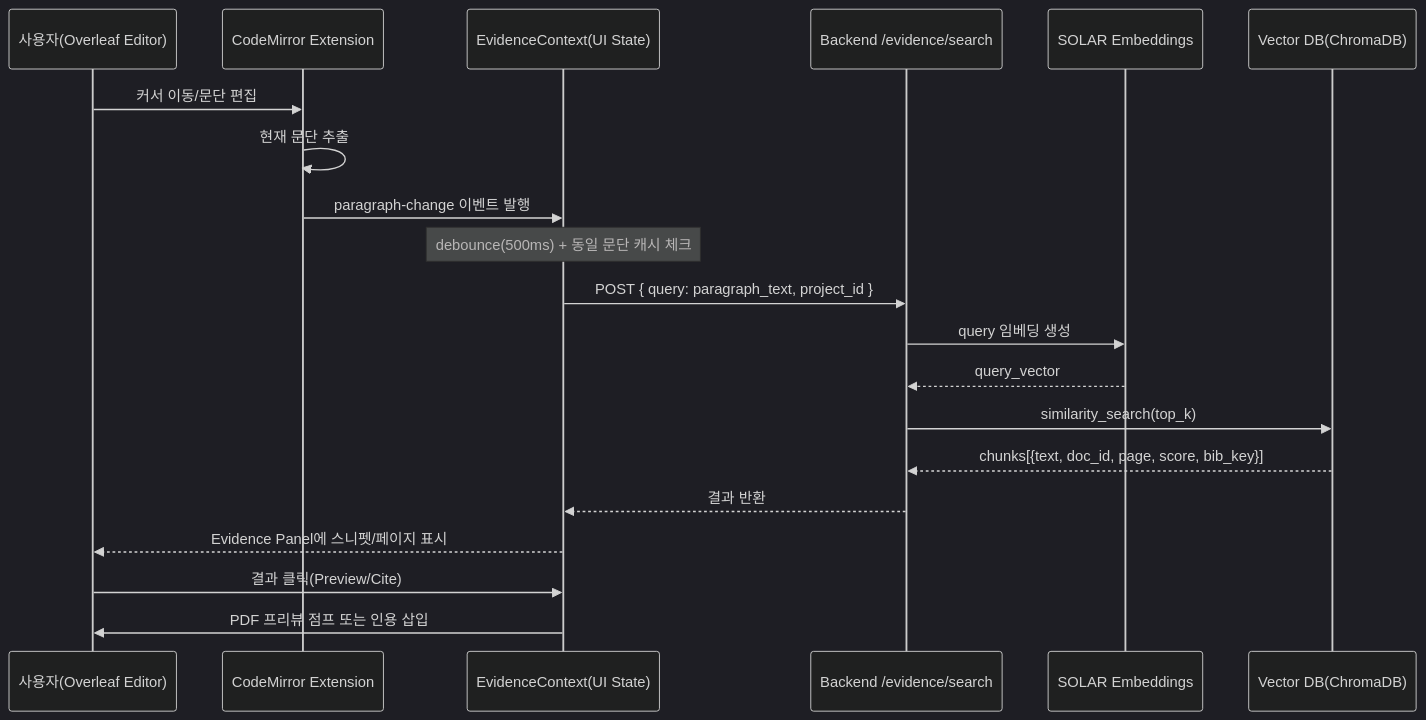
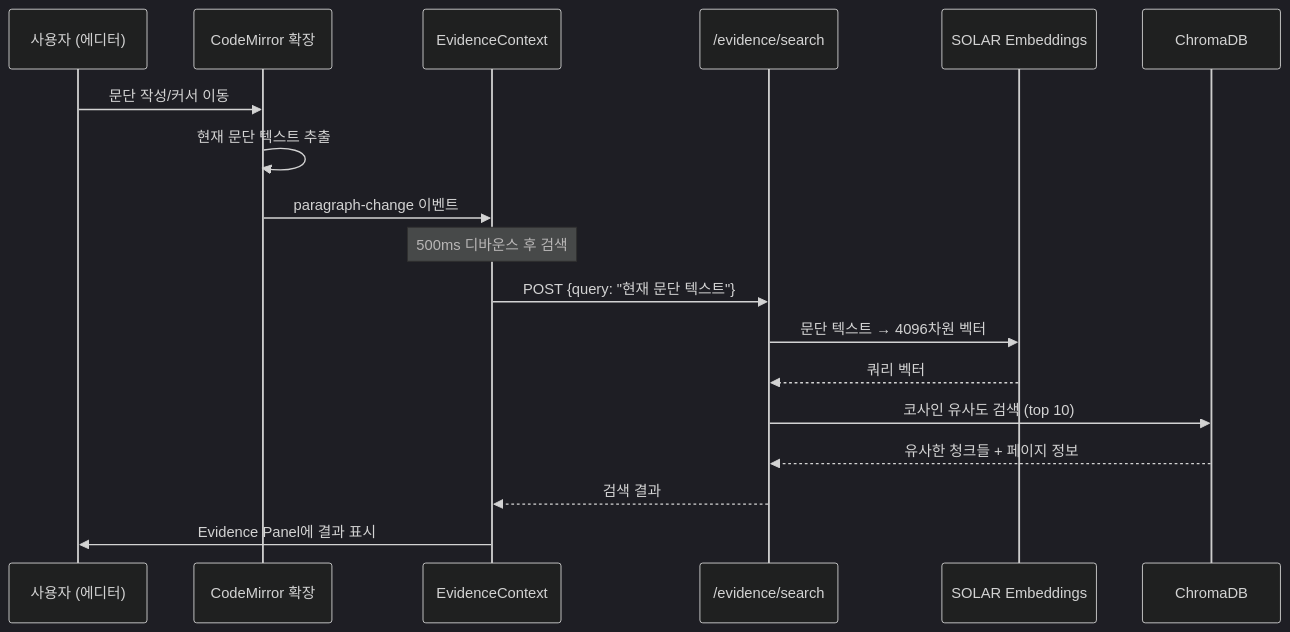
One commit to GoBeromsu/My-awesome-RA- changed the second of 4 diagrams in README.md. Above: the diagram before and after it, drawn with Mermaid (dark theme). The commit also changed other lines of this file and 1 other file, not shown here.

First line of the commit message:
docs(readme): localize to Korean and expand API/config documentation

````diff
--- a/README.md
+++ b/README.md
@@ -142,25 +88,23 @@
 ```mermaid
 sequenceDiagram
-    participant U as 사용자(Overleaf Editor)
-    participant CM as CodeMirror Extension
-    participant EC as EvidenceContext(UI State)
-    participant API as Backend /evidence/search
-    participant EMB as SOLAR Embeddings
-    participant VDB as Vector DB(ChromaDB)
+    participant 사용자 as 사용자 (에디터)
+    participant 확장 as CodeMirror 확장
+    participant 컨텍스트 as EvidenceContext
+    participant API as /evidence/search
+    participant Solar as SOLAR Embeddings
+    participant DB as ChromaDB
 
-    U->>CM: 커서 이동/문단 편집
-    CM->>CM: 현재 문단 추출
-    CM->>EC: paragraph-change 이벤트 발행
-    Note over EC: debounce(500ms) + 동일 문단 캐시 체크
+    사용자->>확장: 문단 작성/커서 이동
+    확장->>확장: 현재 문단 텍스트 추출
+    확장->>컨텍스트: paragraph-change 이벤트
 
-    EC->>API: POST { query: paragraph_text, project_id }
-    API->>EMB: query 임베딩 생성
-    EMB-->>API: query_vector
-    API->>VDB: similarity_search(top_k)
-    VDB-->>API: chunks[{text, doc_id, page, score, bib_key}]
-    API-->>EC: 결과 반환
-    EC-->>U: Evidence Panel에 스니펫/페이지 표시
+    Note over 컨텍스트: 500ms 디바운스 후 검색
 
-    U->>EC: 결과 클릭(Preview/Cite)
-    EC->>U: PDF 프리뷰 점프 또는 인용 삽입
+    컨텍스트->>API: POST {query: "현재 문단 텍스트"}
+    API->>Solar: 문단 텍스트 → 4096차원 벡터
+    Solar-->>API: 쿼리 벡터
+    API->>DB: 코사인 유사도 검색 (top 10)
+    DB-->>API: 유사한 청크들 + 페이지 정보
+    API-->>컨텍스트: 검색 결과
+    컨텍스트->>사용자: Evidence Panel에 결과 표시
 ```
````
